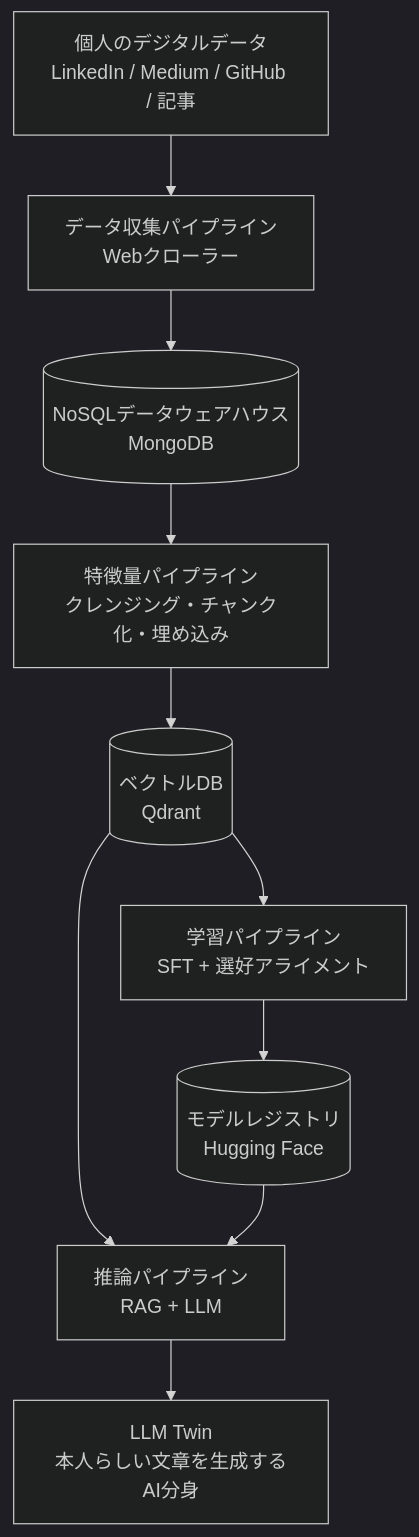
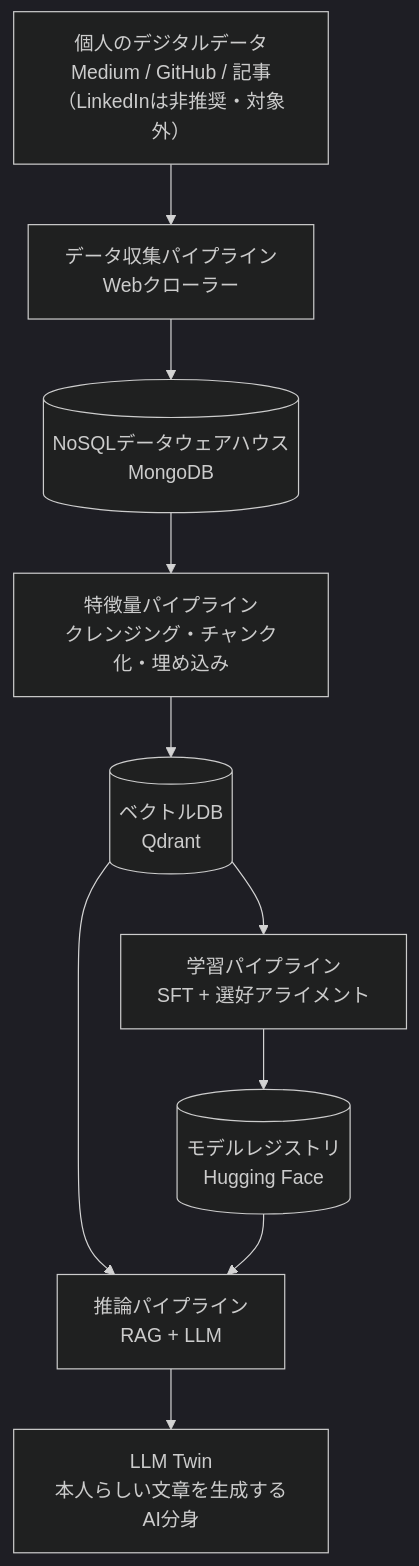
The first of 8 diagrams in Llm-engineers-handbook-beginner-guide.md (myoshi2891/Comparison-of-LLMs), drawn with Mermaid (dark theme) before and after one commit. The commit also changed other lines of this file and 1 other file, not shown here.

Commit message:
docs(guides): refine Bedrock observability specs, deprecate LinkedIn crawler notes, and add citations

````diff
--- a/Llm-engineers-handbook-beginner-guide.md
+++ b/Llm-engineers-handbook-beginner-guide.md
@@ -85,12 +85,12 @@
 ```mermaid
 flowchart TB
-    A["個人のデジタルデータ<br/>LinkedIn / Medium / GitHub / 記事"] --> B["データ収集パイプライン<br/>Webクローラー"]
+    A["個人のデジタルデータ<br/>Medium / GitHub / 記事<br/>（LinkedInは非推奨・対象外）"] --> B["データ収集パイプライン<br/>Webクローラー"]
     B --> C[("NoSQLデータウェアハウス<br/>MongoDB")]
     C --> D["特徴量パイプライン<br/>クレンジング・チャンク化・埋め込み"]
     D --> E[("ベクトルDB<br/>Qdrant")]
     E --> F["学習パイプライン<br/>SFT + 選好アライメント"]
     F --> G[("モデルレジストリ<br/>Hugging Face")]
     E --> H["推論パイプライン<br/>RAG + LLM"]
     G --> H
     H --> I["LLM Twin<br/>本人らしい文章を生成するAI分身"]
 ```
````
